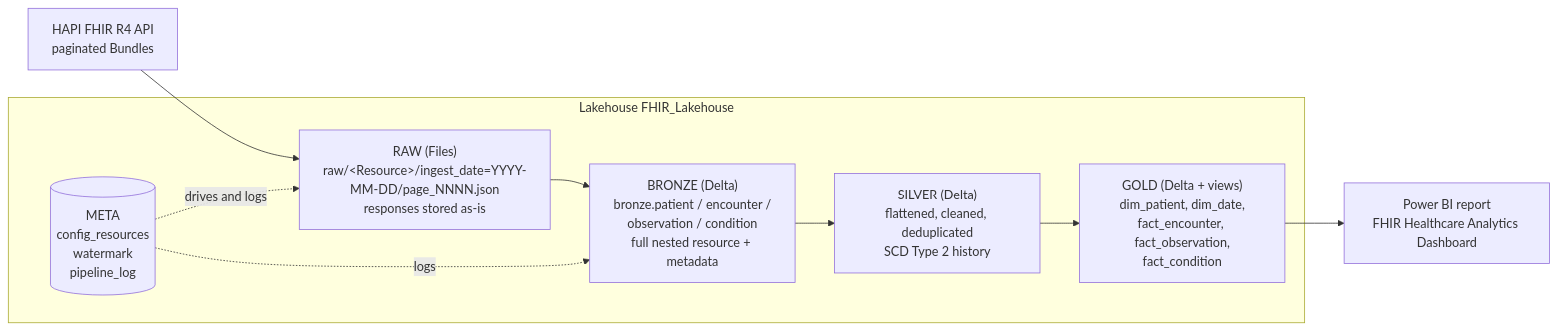
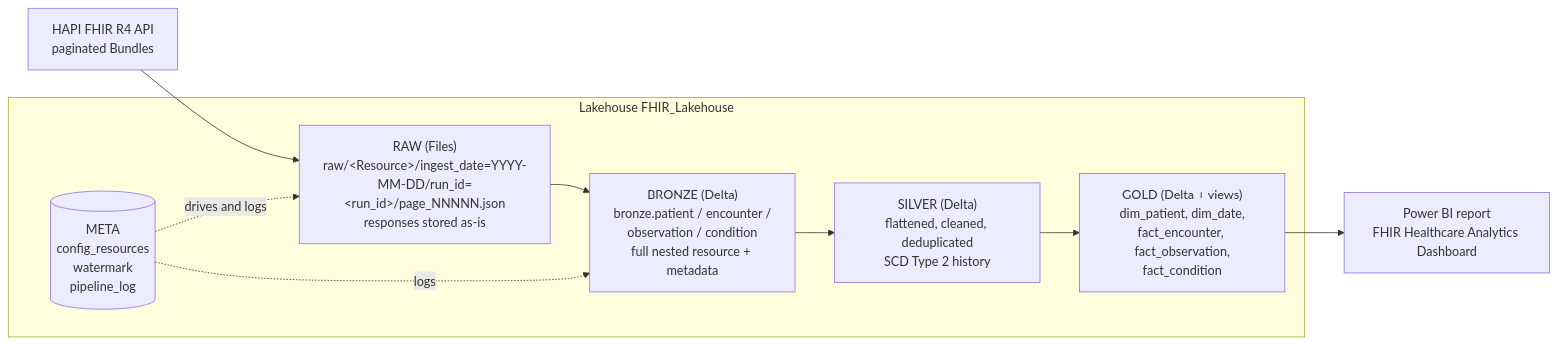
The first of 2 diagrams in README.md (raju171812-art/fhir-medallion-lakehouse), drawn with Mermaid before and after one commit. The commit also changed other lines of this file, not shown here.

````diff
--- a/README.md
+++ b/README.md
@@ -11,15 +11,15 @@
 ```mermaid
 flowchart LR
     API[HAPI FHIR R4 API<br/>paginated Bundles] --> RAW
     subgraph Lakehouse FHIR_Lakehouse
-        RAW["RAW (Files)<br/>raw/&lt;Resource&gt;/ingest_date=YYYY-MM-DD/page_NNNN.json<br/>responses stored as-is"]
+        RAW["RAW (Files)<br/>raw/&lt;Resource&gt;/ingest_date=YYYY-MM-DD/run_id=&lt;run_id&gt;/page_NNNNN.json<br/>responses stored as-is"]
         BRONZE["BRONZE (Delta)<br/>bronze.patient / encounter /<br/>observation / condition<br/>full nested resource + metadata"]
         SILVER["SILVER (Delta)<br/>flattened, cleaned, deduplicated<br/>SCD Type 2 history"]
         GOLD["GOLD (Delta + views)<br/>dim_patient, dim_date,<br/>fact_encounter, fact_observation,<br/>fact_condition"]
         META[("META<br/>config_resources<br/>watermark<br/>pipeline_log")]
     end
     RAW --> BRONZE --> SILVER --> GOLD
     META -. drives and logs .-> RAW
     META -. logs .-> BRONZE
     GOLD --> PBI[Power BI report<br/>FHIR Healthcare Analytics Dashboard]
 ```
````
